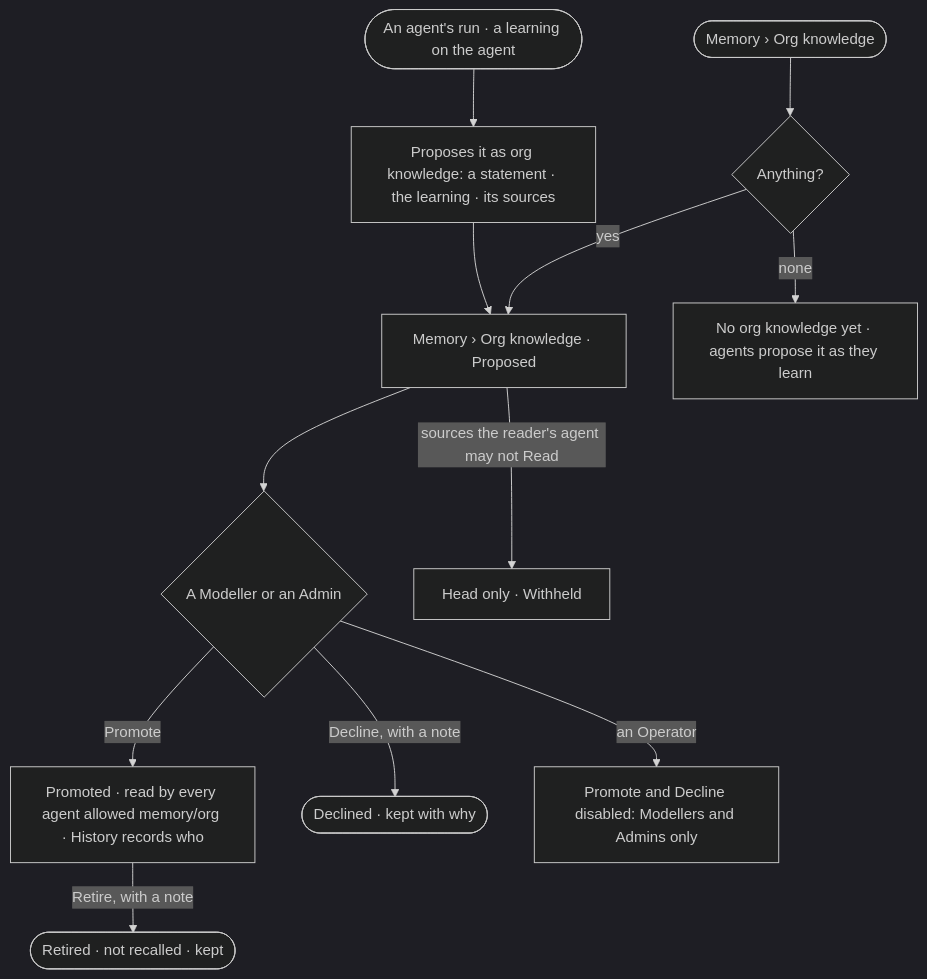
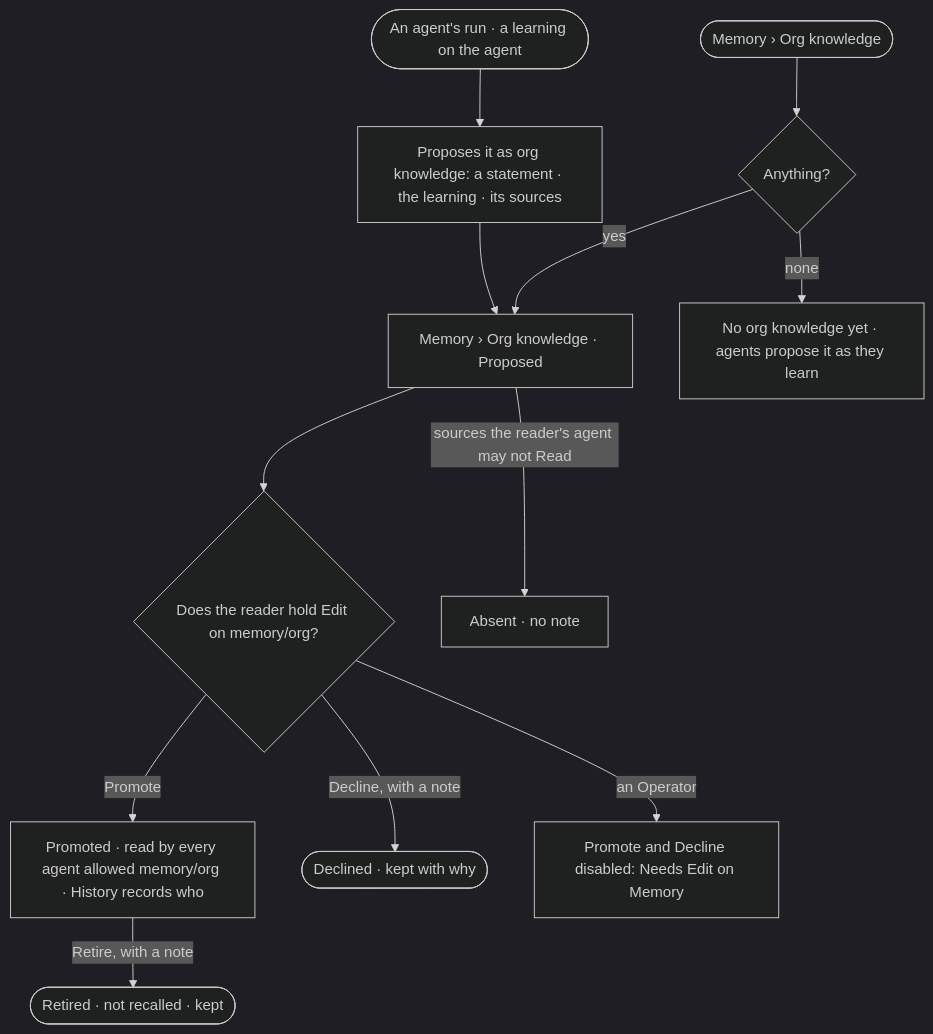
The first of 2 diagrams in specs/os/graph/features/GP-F02-memory/stories/GP-09-promote-a-learning-to-org-knowledge/story.md (invana/invana), drawn with Mermaid (dark theme) before and after one commit. The commit also changed other lines of this file and 456 other files, not shown here.

````diff
--- a/specs/os/graph/features/GP-F02-memory/stories/GP-09-promote-a-learning-to-org-knowledge/story.md
+++ b/specs/os/graph/features/GP-F02-memory/stories/GP-09-promote-a-learning-to-org-knowledge/story.md
@@ -31,14 +31,14 @@
 ```mermaid
 flowchart TD
   ag([An agent's run · a learning on the agent]) --> p["Proposes it as org knowledge: a statement · the learning · its sources"]
   p --> l["Memory › Org knowledge · Proposed"]
   s([Memory › Org knowledge]) --> any{"Anything?"}
   any -->|none| e["No org knowledge yet · agents propose it as they learn"]
   any -->|yes| l
-  l --> d{"A Modeller or an Admin"}
+  l --> d{"Does the reader hold Edit on memory/org?"}
   d -->|Promote| pr["Promoted · read by every agent allowed memory/org · History records who"]
   d -->|Decline, with a note| dc(["Declined · kept with why"])
-  d -->|an Operator| no["Promote and Decline disabled: Modellers and Admins only"]
+  d -->|an Operator| no["Promote and Decline disabled: Needs Edit on Memory"]
   pr -->|Retire, with a note| rt(["Retired · not recalled · kept"])
-  l -->|sources the reader's agent may not Read| wh["Head only · Withheld"]
+  l -->|sources the reader's agent may not Read| wh["Absent · no note"]
 ```
````
